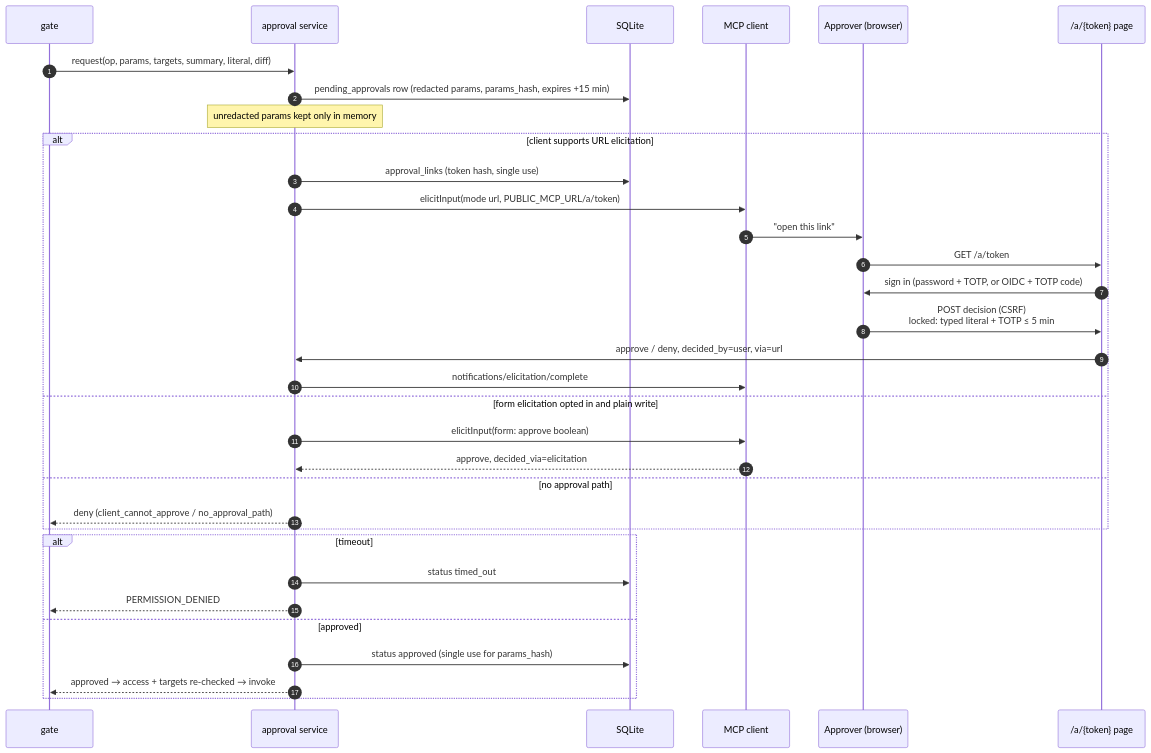
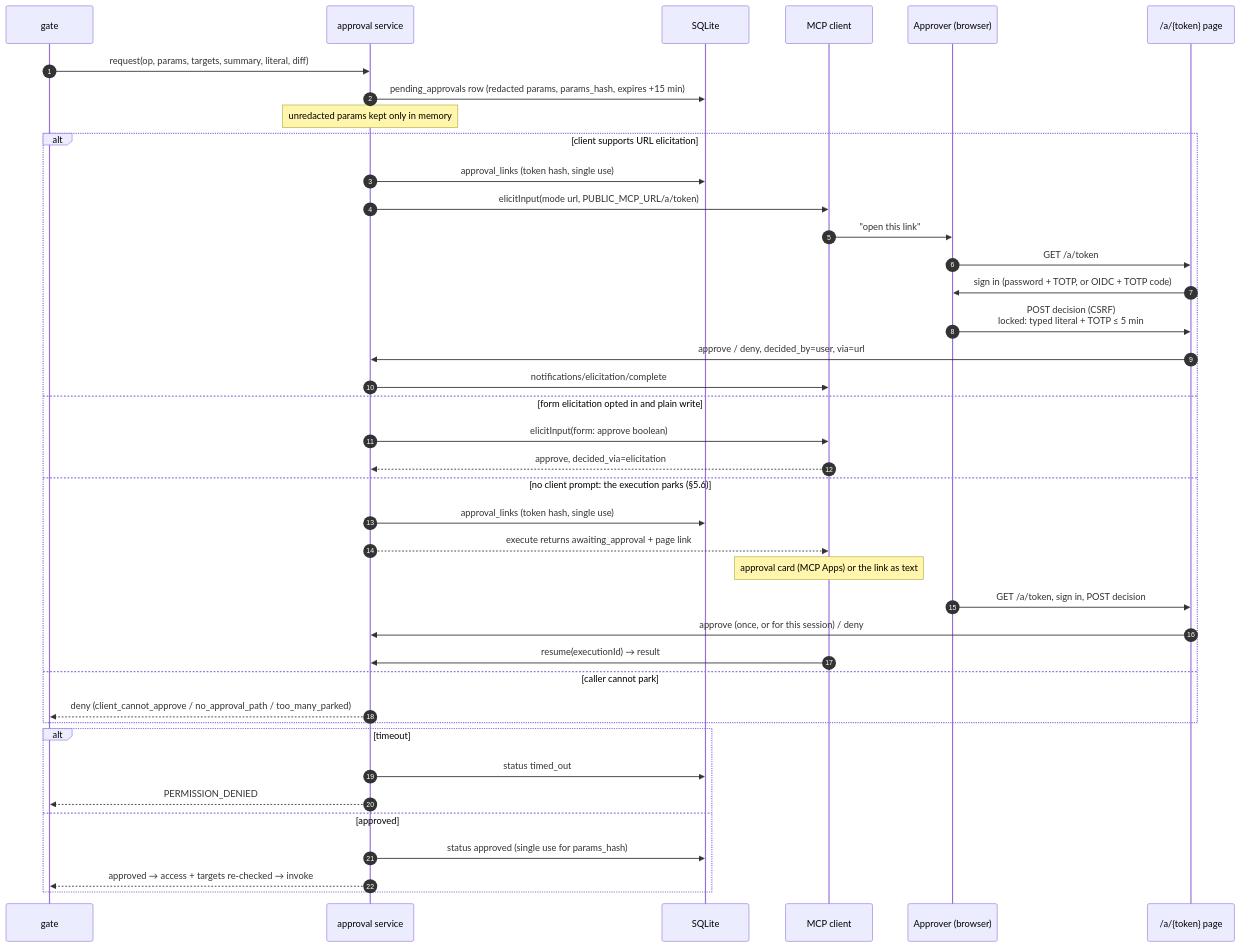
One commit to via-justa/synoikia-core changed diagram 13 of 30 in docs/architecture.md. Above: the diagram before and after it, drawn with Mermaid. The commit also changed 46 other files, not shown here.

First line of the commit message:
Approvals for clients without elicitation: parked executions, approval card, session grants (core 0.7.0, image 0.5.0, create-plugin 0.2.1) (#30)

````diff
--- a/docs/architecture.md
+++ b/docs/architecture.md
@@ -591,36 +591,43 @@
 ```mermaid
 sequenceDiagram
   autonumber
   participant G as gate
   participant AP as approval service
   participant DB as SQLite
   participant C as MCP client
   participant H as Approver (browser)
   participant PG as /a/{token} page
 
   G->>AP: request(op, params, targets, summary, literal, diff)
   AP->>DB: pending_approvals row (redacted params, params_hash, expires +15 min)
   Note over AP: unredacted params kept only in memory
   alt client supports URL elicitation
     AP->>DB: approval_links (token hash, single use)
     AP->>C: elicitInput(mode url, PUBLIC_MCP_URL/a/token)
     C->>H: "open this link"
     H->>PG: GET /a/token
     PG->>H: sign in (password + TOTP, or OIDC + TOTP code)
     H->>PG: POST decision (CSRF)<br/>locked: typed literal + TOTP ≤ 5 min
     PG->>AP: approve / deny, decided_by=user, via=url
     AP->>C: notifications/elicitation/complete
   else form elicitation opted in and plain write
     AP->>C: elicitInput(form: approve boolean)
     C-->>AP: approve, decided_via=elicitation
-  else no approval path
-    AP-->>G: deny (client_cannot_approve / no_approval_path)
+  else no client prompt: the execution parks (§5.6)
+    AP->>DB: approval_links (token hash, single use)
+    AP-->>C: execute returns awaiting_approval + page link
+    Note over C: approval card (MCP Apps) or the link as text
+    H->>PG: GET /a/token, sign in, POST decision
+    PG->>AP: approve (once, or for this session) / deny
+    C->>AP: resume(executionId) → result
+  else caller cannot park
+    AP-->>G: deny (client_cannot_approve / no_approval_path / too_many_parked)
   end
   alt timeout
     AP->>DB: status timed_out
     AP-->>G: PERMISSION_DENIED
   else approved
     AP->>DB: status approved (single use for params_hash)
     AP-->>G: approved → access + targets re-checked → invoke
   end
 ```
````
